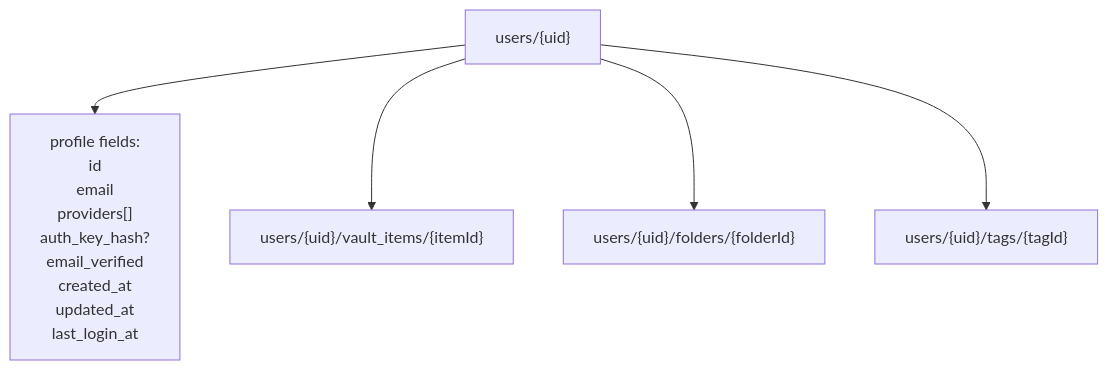
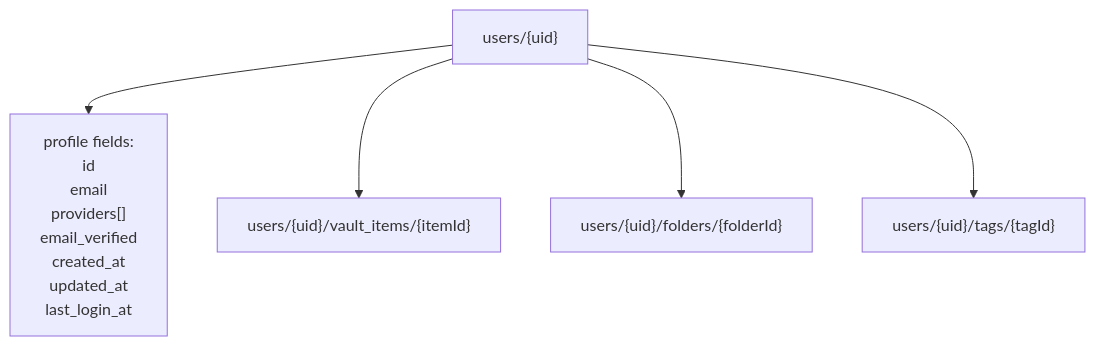
One commit to abhay-byte/truvalt changed the second of 7 diagrams in docs/DIAGRAMS.md. Above: the diagram before and after it, drawn with Mermaid. The commit also changed other lines of this file and 2 other files, not shown here.

First line of the commit message:
docs: Update diagrams, UI docs, and API test results for Firebase-direct

````diff
--- a/docs/DIAGRAMS.md
+++ b/docs/DIAGRAMS.md
@@ -52,21 +39,20 @@
 ```mermaid
 flowchart TD
     Users["users/{uid}"]
     Profile["profile fields:
     id
     email
     providers[]
-    auth_key_hash?
     email_verified
     created_at
     updated_at
     last_login_at"]
     VaultItems["users/{uid}/vault_items/{itemId}"]
     Folders["users/{uid}/folders/{folderId}"]
     Tags["users/{uid}/tags/{tagId}"]
 
     Users --> Profile
     Users --> VaultItems
     Users --> Folders
     Users --> Tags
 ```
````
